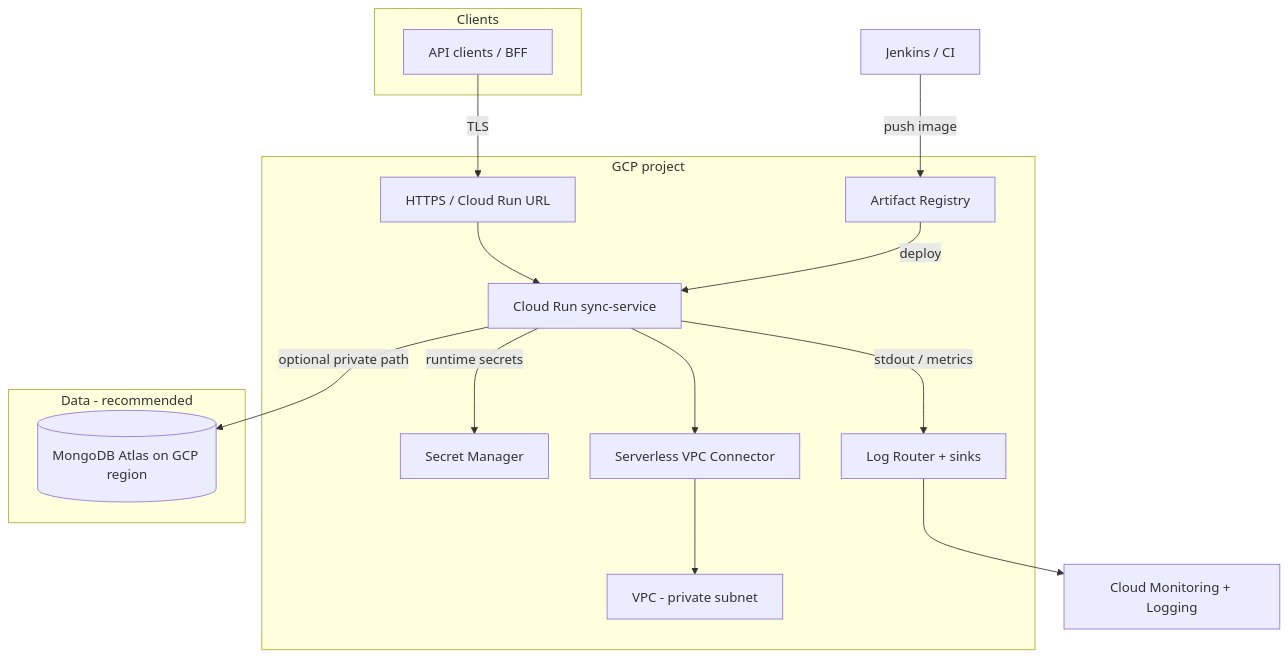
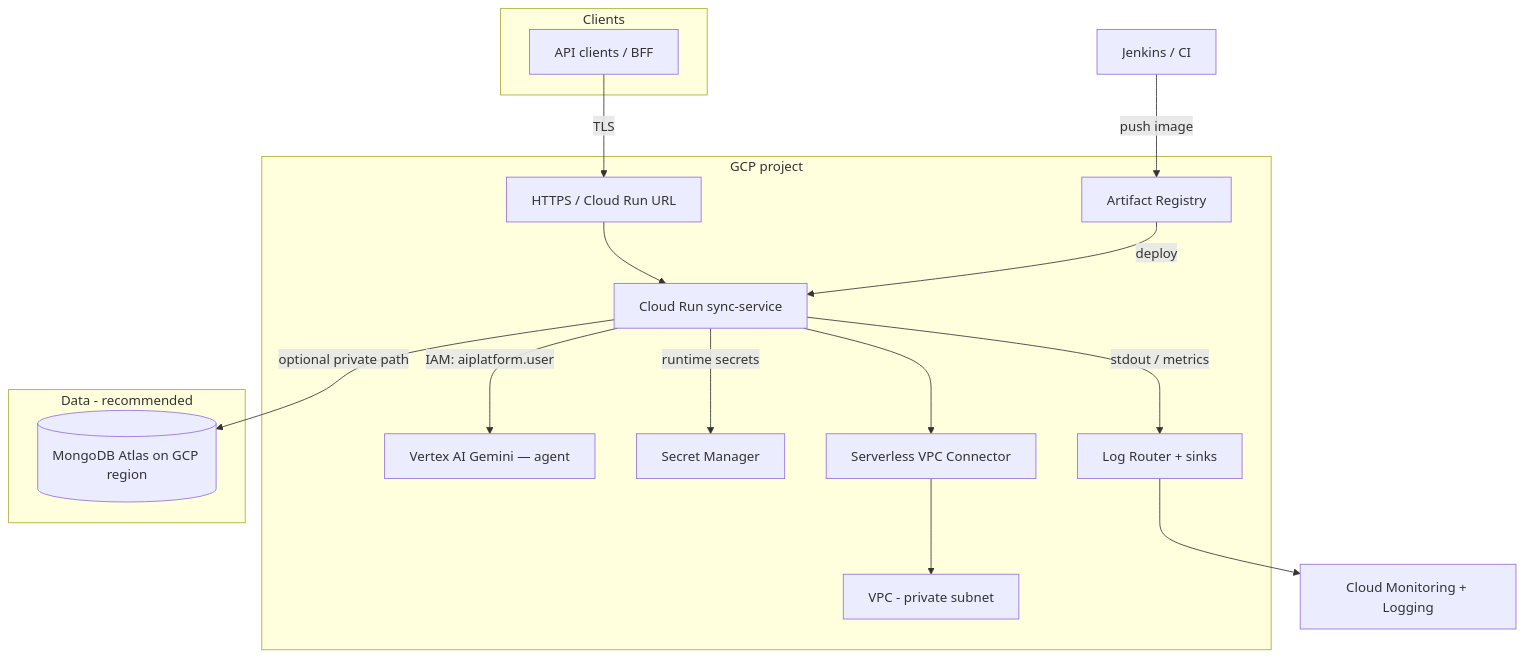
Before and after one commit to MrinalBhoumick/cloudeagle-devops-gcp-assignment: the diagram in docs/INFRASTRUCTURE.md, drawn with Mermaid. The commit also changed other lines of this file and 21 other files, not shown here.

First line of the commit message:
fix(agent): clearer Gemini/Vertex errors and API model fallbacks; app v0.5.2

````diff
--- a/docs/INFRASTRUCTURE.md
+++ b/docs/INFRASTRUCTURE.md
@@ -11,31 +13,33 @@
 ```mermaid
 flowchart TB
   subgraph users [Clients]
     U[API clients / BFF]
   end
 
   subgraph gcp [GCP project]
     LB[HTTPS / Cloud Run URL]
     CR[Cloud Run sync-service]
+    VAI[Vertex AI Gemini — agent]
     SM[Secret Manager]
     GAR[Artifact Registry]
     VPC[VPC - private subnet]
     CO[Serverless VPC Connector]
     IGA[Log Router + sinks]
   end
 
   subgraph atlas [Data - recommended]
     MA[(MongoDB Atlas on GCP region)]
   end
 
   U -->|TLS| LB
   LB --> CR
+  CR -->|IAM: aiplatform.user| VAI
   CR --> CO
   CO --> VPC
   CR -->|runtime secrets| SM
   Jenkins[Jenkins / CI] -->|push image| GAR
   GAR -->|deploy| CR
   CR -->|optional private path| MA
   CR -->|stdout / metrics| IGA
   IGA --> CM[Cloud Monitoring + Logging]
 ```
````
